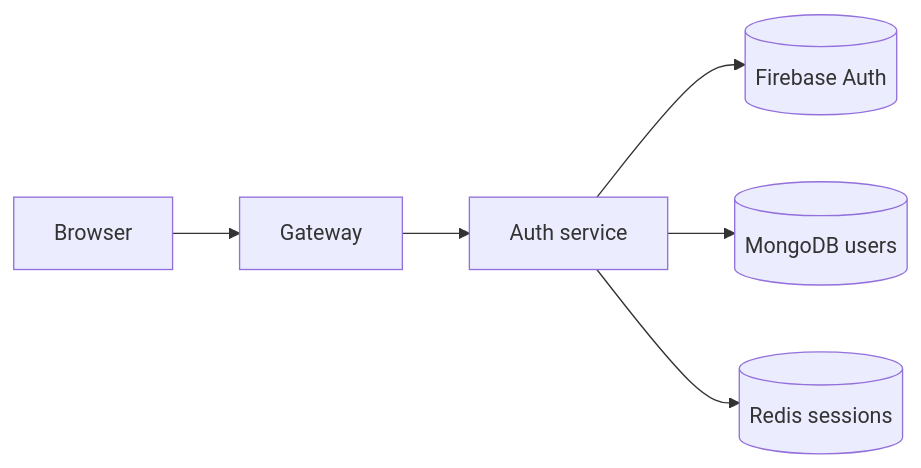
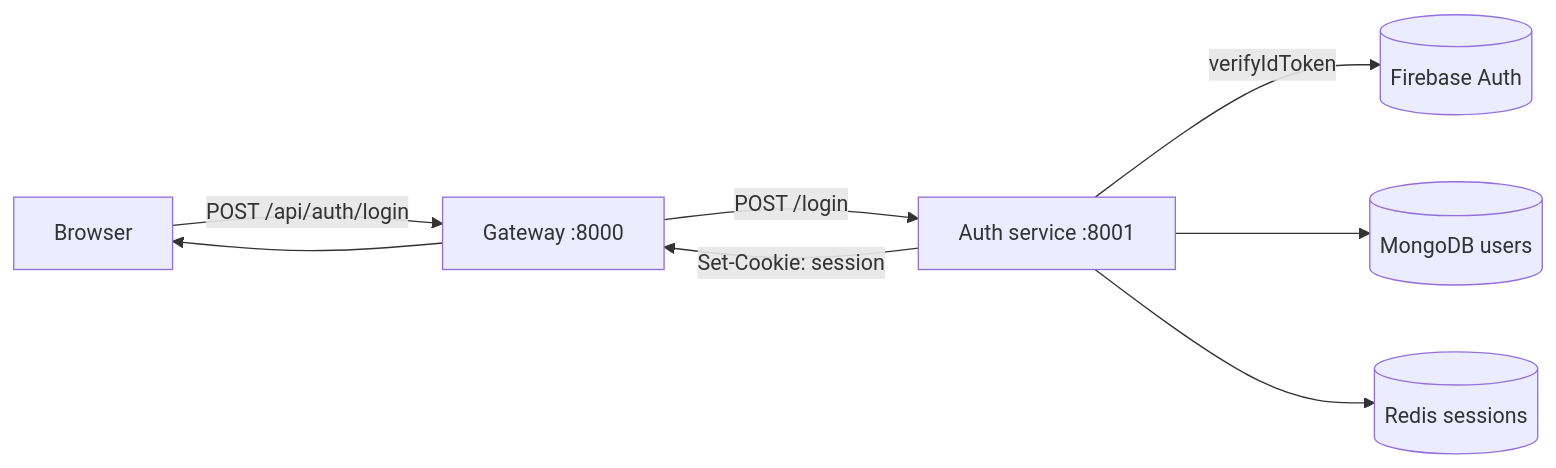
The first of 3 diagrams in docs/backend/auth-service.md (yamanhassan1/NexPulse), drawn with Mermaid before and after one commit. The commit also changed other lines of this file and 33 other files, not shown here.

Commit message:
docs: add contributing, deployment, troubleshooting, and reference guides; update roadmap

````diff
--- a/docs/backend/auth-service.md
+++ b/docs/backend/auth-service.md
@@ -19,8 +31,10 @@
 ```mermaid
 flowchart LR
-    B[Browser] --> G[Gateway]
-    G --> A[Auth service]
-    A --> F[(Firebase Auth)]
-    A --> M[(MongoDB users)]
-    A --> R[(Redis sessions)]
+    B["Browser"] -->|"POST /api/auth/login"| G["Gateway :8000"]
+    G -->|"POST /login"| A["Auth service :8001"]
+    A -->|"verifyIdToken"| F[("Firebase Auth")]
+    A --> M[("MongoDB users")]
+    A --> R[("Redis sessions")]
+    A -->|"Set-Cookie: session"| G
+    G --> B
 ```
````
